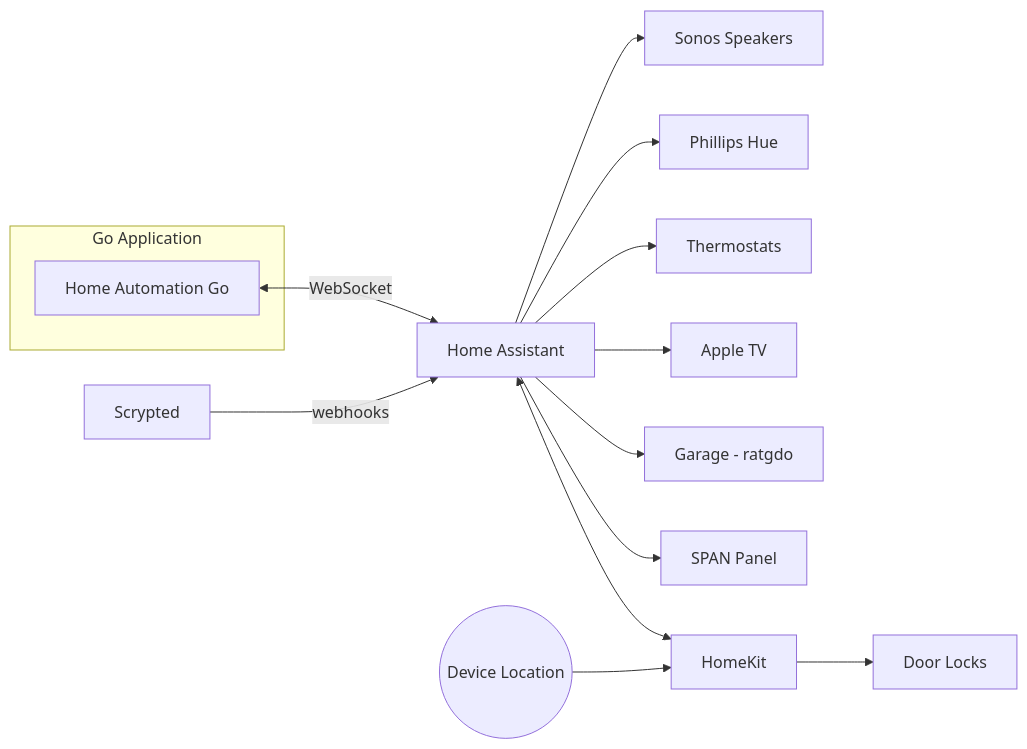
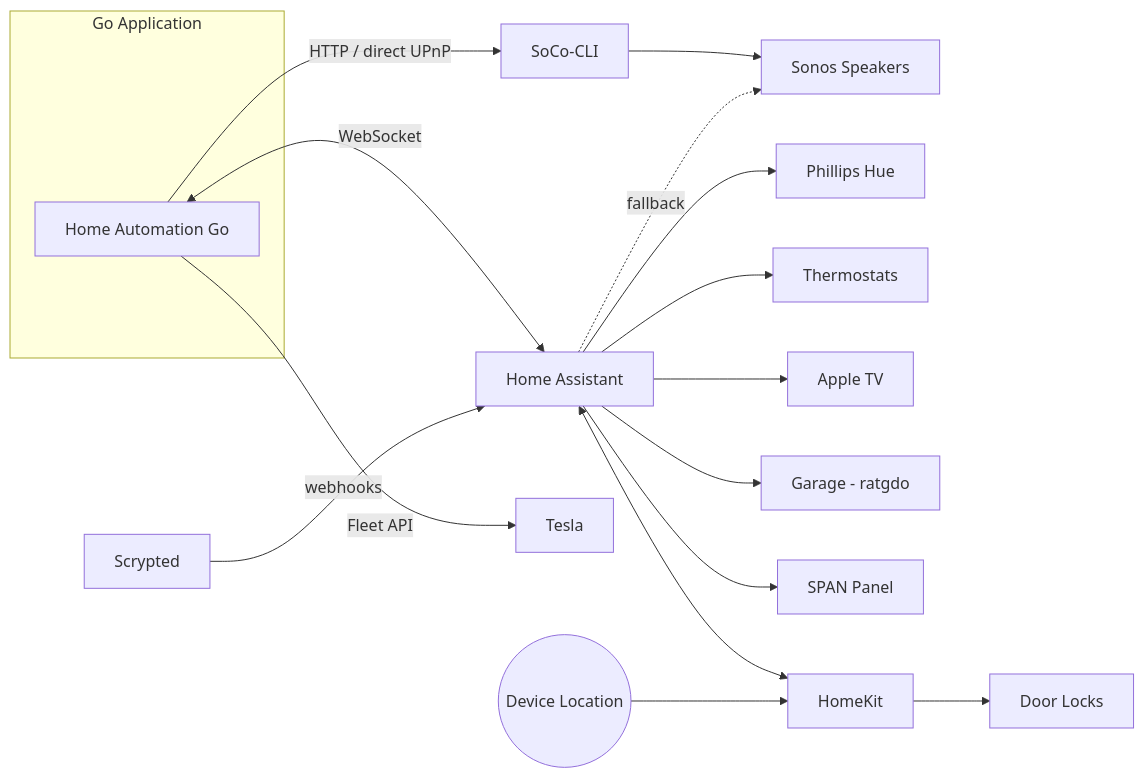
Before and after one commit to NickBorgers/home-automation: the diagram in README.md, drawn with Mermaid. The commit also changed other lines of this file and 4 other files, not shown here.

````diff
--- a/README.md
+++ b/README.md
@@ -7,17 +7,20 @@
 ```mermaid
 flowchart LR
     subgraph "Go Application"
         A[Home Automation Go]
     end
     A <-->|WebSocket| B[Home Assistant]
-    B --> C[Sonos Speakers]
+    A -->|HTTP / direct UPnP| M[SoCo-CLI]
+    M --> C[Sonos Speakers]
+    B -.->|fallback| C
+    A -->|Fleet API| T[Tesla]
     B --> D[Phillips Hue]
     B --> E[Thermostats]
     B --> F[Apple TV]
     B --> G[Garage - ratgdo]
     B --> H[SPAN Panel]
     B <--> I[HomeKit]
     I --> J[Door Locks]
     K[Scrypted] -->|webhooks| B
     L((Device Location)) --> I
 ```
````
